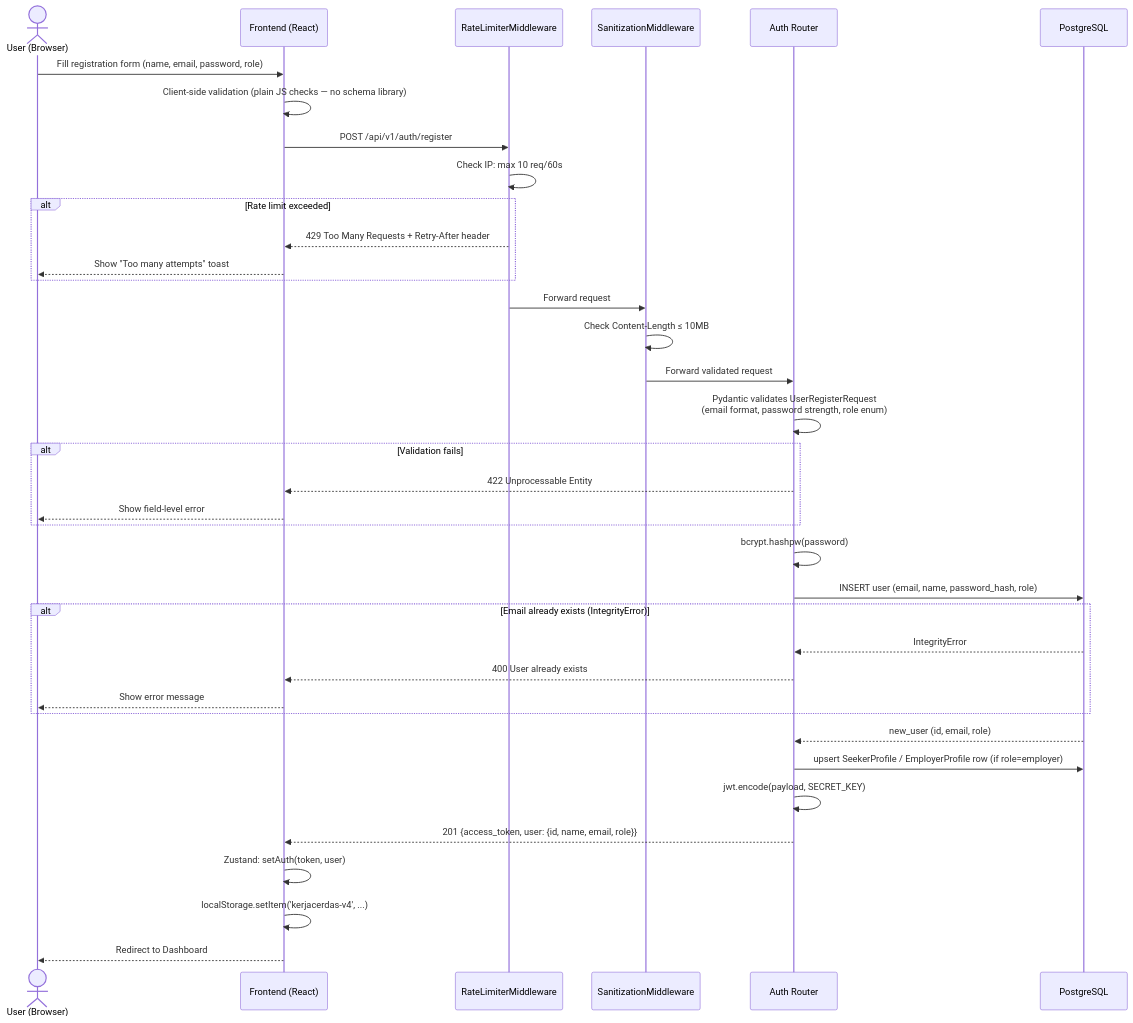
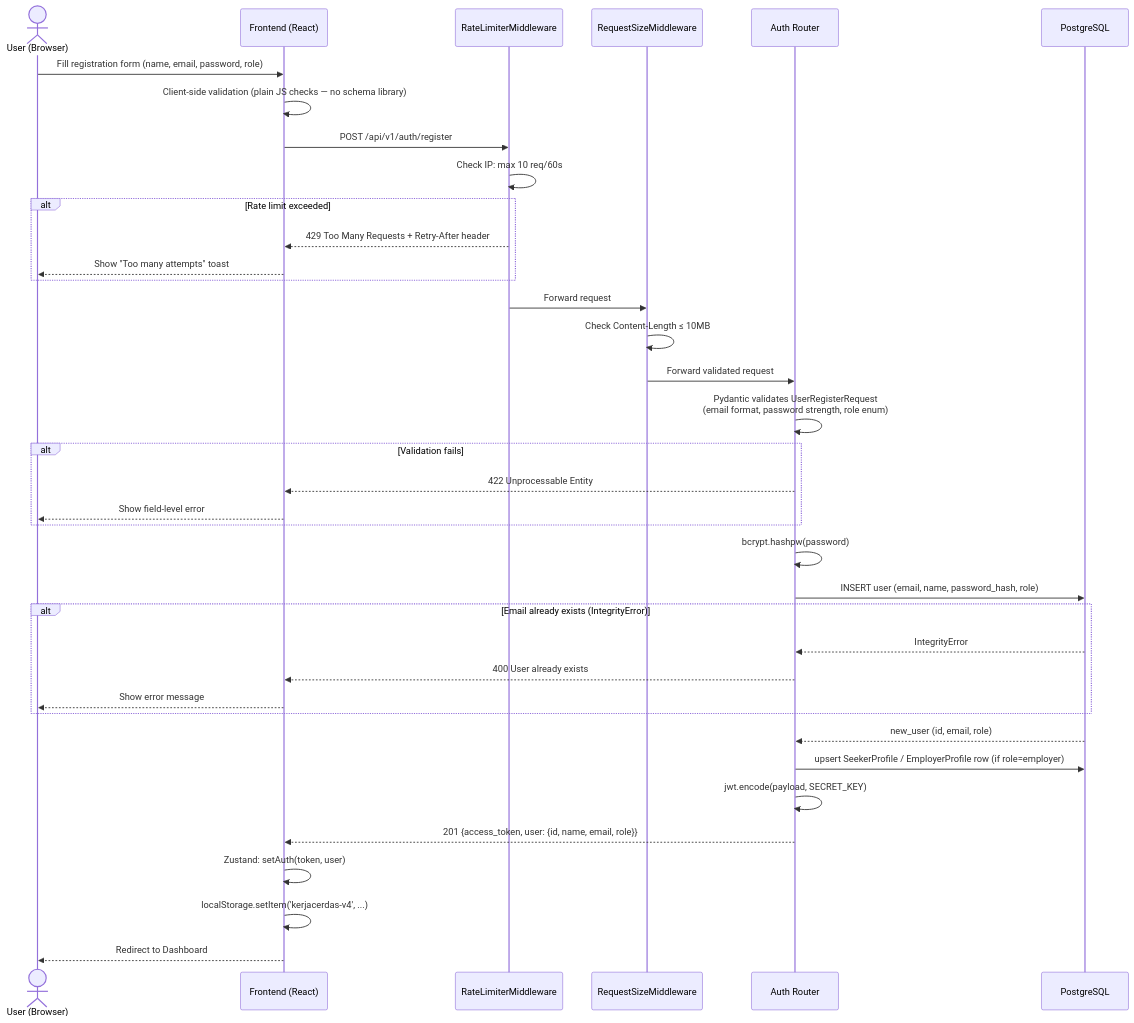
The first of 7 diagrams in docs/SEQUENCE_DIAGRAMS.md (LouSens/KerjaCerdas), drawn with Mermaid before and after one commit. The commit also changed other lines of this file and 25 other files, not shown here.

````diff
--- a/docs/SEQUENCE_DIAGRAMS.md
+++ b/docs/SEQUENCE_DIAGRAMS.md
@@ -21,40 +21,40 @@
 ```mermaid
 sequenceDiagram
     actor U as User (Browser)
     participant F as Frontend (React)
     participant RL as RateLimiterMiddleware
-    participant SZ as SanitizationMiddleware
+    participant SZ as RequestSizeMiddleware
     participant AR as Auth Router
     participant DB as PostgreSQL
 
     U->>F: Fill registration form (name, email, password, role)
     F->>F: Client-side validation (plain JS checks — no schema library)
     F->>RL: POST /api/v1/auth/register
     RL->>RL: Check IP: max 10 req/60s
     alt Rate limit exceeded
         RL-->>F: 429 Too Many Requests + Retry-After header
         F-->>U: Show "Too many attempts" toast
     end
     RL->>SZ: Forward request
     SZ->>SZ: Check Content-Length ≤ 10MB
     SZ->>AR: Forward validated request
     AR->>AR: Pydantic validates UserRegisterRequest<br/>(email format, password strength, role enum)
     alt Validation fails
         AR-->>F: 422 Unprocessable Entity
         F-->>U: Show field-level error
     end
     AR->>AR: bcrypt.hashpw(password)
     AR->>DB: INSERT user (email, name, password_hash, role)
     alt Email already exists (IntegrityError)
         DB-->>AR: IntegrityError
         AR-->>F: 400 User already exists
         F-->>U: Show error message
     end
     DB-->>AR: new_user (id, email, role)
     AR->>DB: upsert SeekerProfile / EmployerProfile row (if role=employer)
     AR->>AR: jwt.encode(payload, SECRET_KEY)
     AR-->>F: 201 {access_token, user: {id, name, email, role}}
     F->>F: Zustand: setAuth(token, user)
     F->>F: localStorage.setItem('kerjacerdas-v4', ...)
     F-->>U: Redirect to Dashboard
 ```
````
